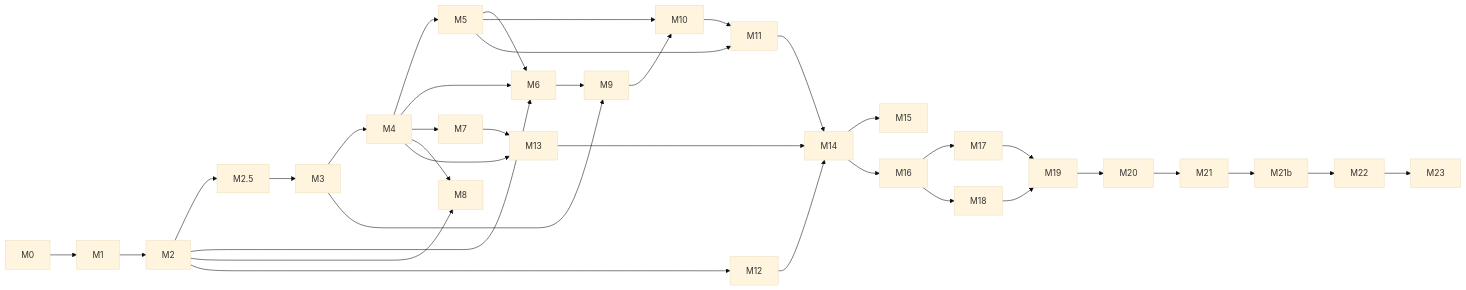
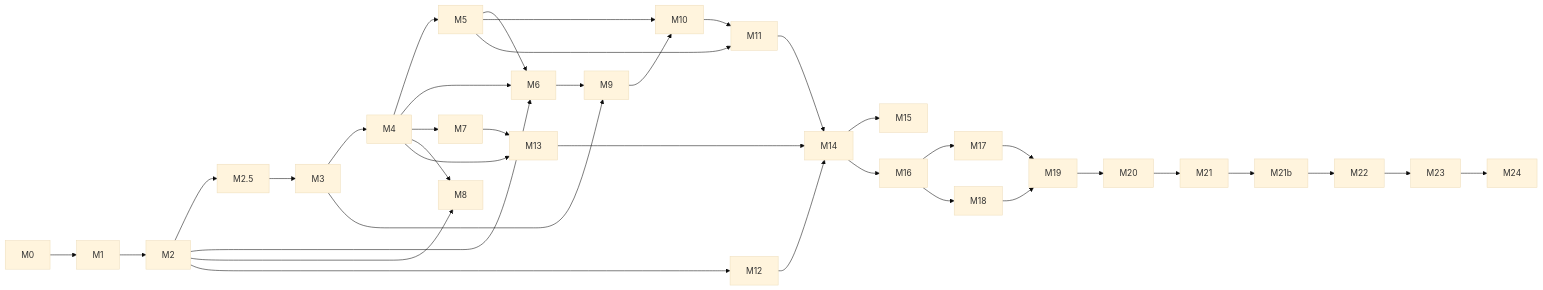
The diagram in docs/09-plan/README.md (vundavallibalakrishna/agentic-runtime), drawn with Mermaid (base theme) before and after one commit. The commit also changed other lines of this file and 126 other files, not shown here.

````diff
--- a/docs/09-plan/README.md
+++ b/docs/09-plan/README.md
@@ -53,29 +54,29 @@
 ```mermaid
 flowchart LR
   M0 --> M1 --> M2 --> M25[M2.5] --> M3 --> M4 --> M5
   M2 --> M6
   M4 --> M6
   M5 --> M6
   M4 --> M7
   M2 --> M8
   M4 --> M8
   M3 --> M9
   M6 --> M9
   M5 --> M10
   M9 --> M10
   M5 --> M11
   M10 --> M11
   M2 --> M12
   M4 --> M13
   M7 --> M13
   M11 --> M14
   M12 --> M14
   M13 --> M14
   M14 --> M15
   M14 --> M16
   M16 --> M17
   M16 --> M18
   M17 --> M19
   M18 --> M19
-  M19 --> M20 --> M21 --> M21b[M21b] --> M22 --> M23
+  M19 --> M20 --> M21 --> M21b[M21b] --> M22 --> M23 --> M24
 ```
````
